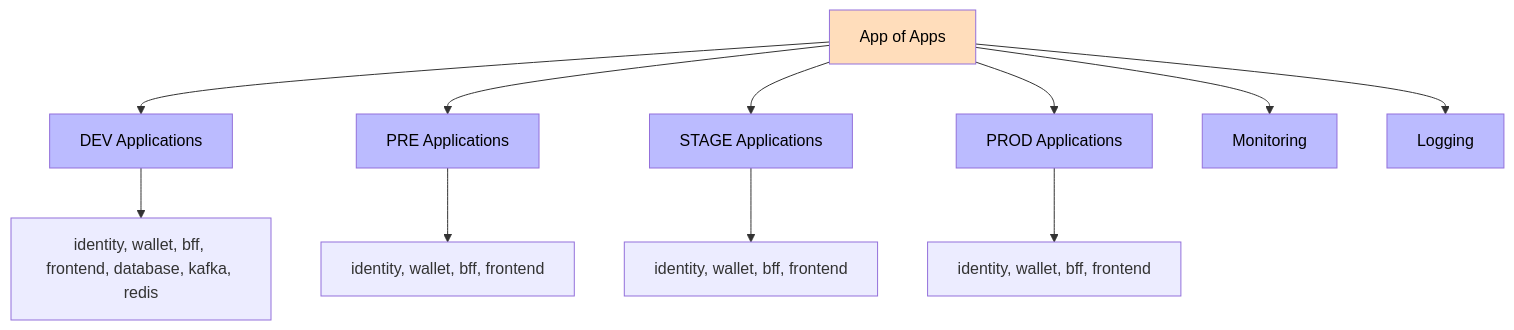
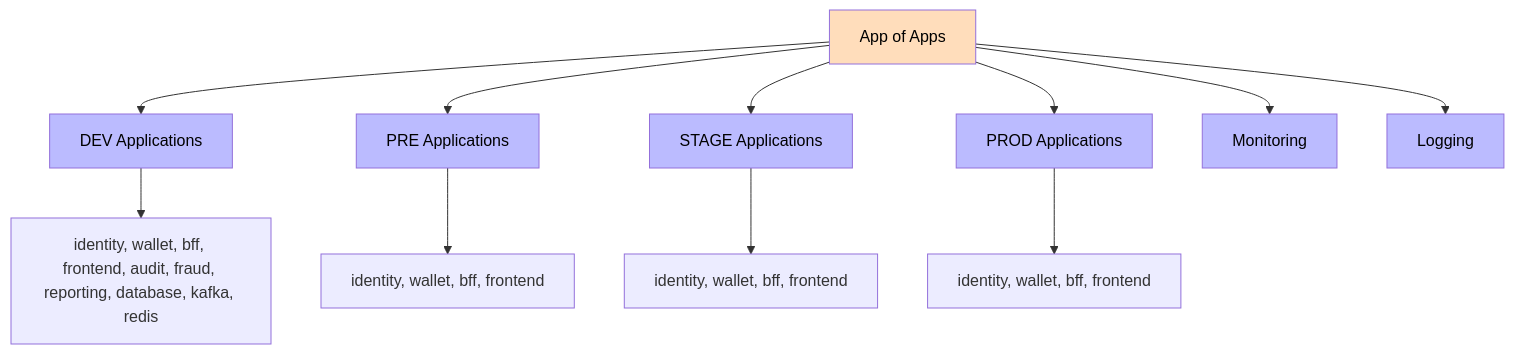
One commit to AlexAlvarezGallardo-GitHub/Aegis-GitOps changed the fourth of 4 diagrams in README.md. Above: the diagram before and after it, drawn with Mermaid. The commit also changed other lines of this file and 49 other files, not shown here.

First line of the commit message:
feat(infra): add helm charts and applications for audit, fraud, reporting (#12)

````diff
--- a/README.md
+++ b/README.md
@@ -224,22 +222,22 @@
 ```mermaid
 graph TB
     Root[App of Apps] --> Dev[DEV Applications]
     Root --> Pre[PRE Applications]
     Root --> Stage[STAGE Applications]
     Root --> Prod[PROD Applications]
     Root --> Mon[Monitoring]
     Root --> Log[Logging]
 
-    Dev --> DevS[identity, wallet, bff, frontend, database, kafka, redis]
+    Dev --> DevS[identity, wallet, bff, frontend, audit, fraud, reporting, database, kafka, redis]
     Pre --> PreS[identity, wallet, bff, frontend]
     Stage --> StageS[identity, wallet, bff, frontend]
     Prod --> ProdS[identity, wallet, bff, frontend]
 
     style Root fill:#fdb,color:#000
     style Dev fill:#bbf,color:#000
     style Pre fill:#bbf,color:#000
     style Stage fill:#bbf,color:#000
     style Prod fill:#bbf,color:#000
     style Mon fill:#bbf,color:#000
     style Log fill:#bbf,color:#000
 ```
````
